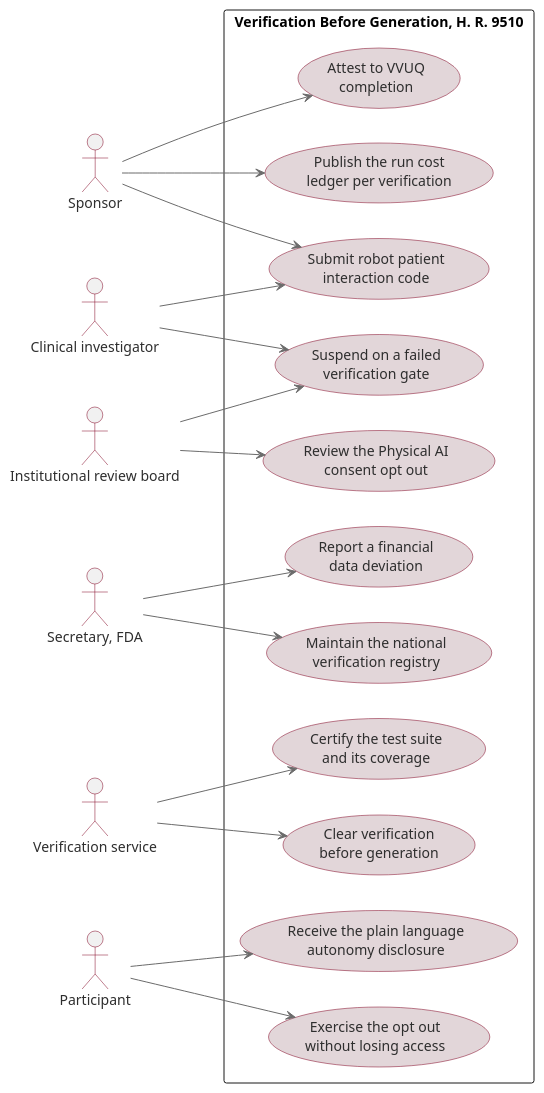
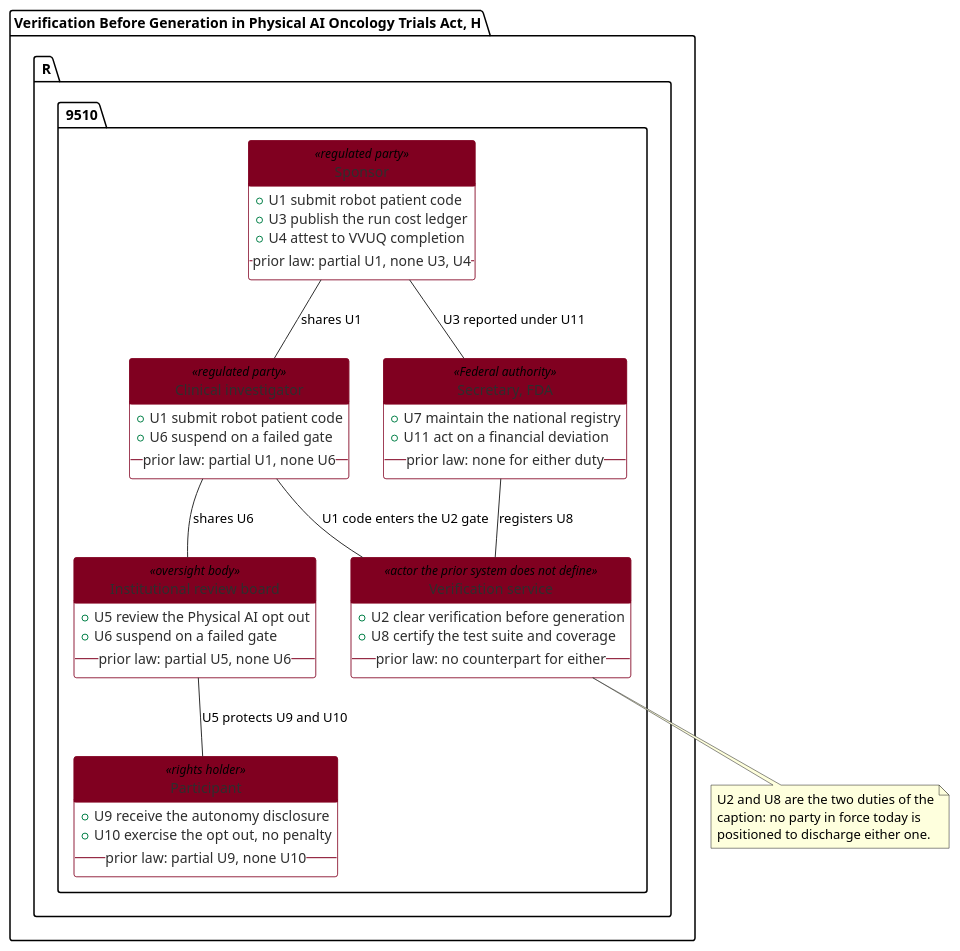
One commit to kevinkawchak/physical-ai-oncology-trials changed the diagram in new-trial-system/plantuml/fig-14-statutory-actor-duties.md. Above: the diagram before and after it, drawn with PlantUML. The commit also changed other lines of this file, not shown here.

First line of the commit message:
plantuml: Figure 14 specification rewritten for the class diagram redraw

````diff
--- a/new-trial-system/plantuml/fig-14-statutory-actor-duties.md
+++ b/new-trial-system/plantuml/fig-14-statutory-actor-duties.md
@@ -19,51 +45,69 @@
 ```plantuml
 @startuml
 skinparam backgroundColor #FFFFFF
-skinparam usecase {
-  BackgroundColor #E2D6D9
+skinparam shadowing false
+skinparam class {
+  BackgroundColor #FFFFFF
   BorderColor #800020
+  HeaderBackgroundColor #800020
   FontColor #2E2E2E
+  AttributeFontColor #2E2E2E
 }
-skinparam actor {
-  BorderColor #800020
-  FontColor #2E2E2E
-}
-skinparam ArrowColor #6B6B6B
-left to right direction
+skinparam ArrowColor #2E2E2E
+hide circle
+hide methods
 
-actor "Sponsor" as SP
-actor "Clinical investigator" as CI
-actor "Institutional review board" as IRB
-actor "Secretary, FDA" as SEC
-actor "Verification service" as VS
-actor "Participant" as PT
+package "Verification Before Generation in Physical AI Oncology Trials Act, H. R. 9510" {
 
-rectangle "Verification Before Generation, H. R. 9510" {
-  usecase "Submit robot patient\ninteraction code" as U1
-  usecase "Clear verification\nbefore generation" as U2
-  usecase "Publish the run cost\nledger per verification" as U3
-  usecase "Attest to VVUQ\ncompletion" as U4
-  usecase "Review the Physical AI\nconsent opt out" as U5
-  usecase "Suspend on a failed\nverification gate" as U6
-  usecase "Maintain the national\nverification registry" as U7
-  usecase "Certify the test suite\nand its coverage" as U8
-  usecase "Receive the plain language\nautonomy disclosure" as U9
-  usecase "Exercise the opt out\nwithout losing access" as U10
-  usecase "Report a financial\ndata deviation" as U11
+  class Sponsor <<regulated party>> {
+    + U1 submit robot patient code
+    + U3 publish the run cost ledger
+    + U4 attest to VVUQ completion
+    -- prior law: partial U1, none U3, U4 --
+  }
+
+  class "Clinical investigator" as CI <<regulated party>> {
+    + U1 submit robot patient code
+    + U6 suspend on a failed gate
+    -- prior law: partial U1, none U6 --
+  }
+
+  class "Institutional review board" as IRB <<oversight body>> {
+    + U5 review the Physical AI opt out
+    + U6 suspend on a failed gate
+    -- prior law: partial U5, none U6 --
+  }
+
+  class "Secretary, FDA" as SEC <<Federal authority>> {
+    + U7 maintain the national registry
+    + U11 act on a financial deviation
+    -- prior law: none for either duty --
+  }
+
+  class "Verification service" as VS <<actor the prior system does not define>> {
+    + U2 clear verification before generation
+    + U8 certify the test suite and coverage
+    -- prior law: no counterpart for either --
+  }
+
+  class Participant <<rights holder>> {
+    + U9 receive the autonomy disclosure
+    + U10 exercise the opt out, no penalty
+    -- prior law: partial U9, none U10 --
+  }
 }
 
-SP --> U1
-SP --> U3
-SP --> U4
-CI --> U1
-CI --> U6
-IRB --> U5
-IRB --> U6
-SEC --> U7
-SEC --> U11
-VS --> U2
-VS --> U8
-PT --> U9
-PT --> U10
+Sponsor -- CI : shares U1
+CI -- IRB : shares U6
+SEC -- VS : registers U8
+Sponsor -- SEC : U3 reported under U11
+CI -- VS : U1 code enters the U2 gate
+IRB -- Participant : U5 protects U9 and U10
+
+note bottom of VS
+  U2 and U8 are the two duties of the
+  caption: no party in force today is
+  positioned to discharge either one.
+end note
 @enduml
 ```
````
